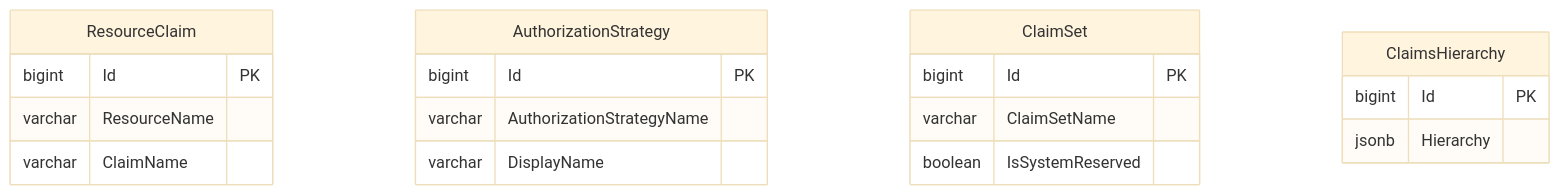
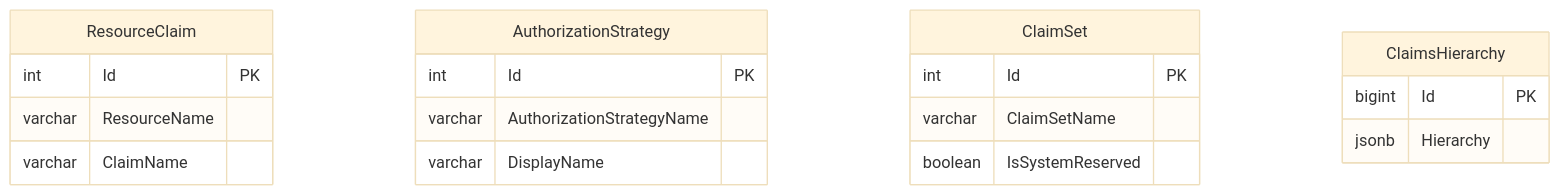
One commit to Ed-Fi-Alliance-OSS/Data-Management-Service changed the second of 2 diagrams in reference/design/configuration-service/CLAIMSET-MGMT.md. Above: the diagram before and after it, drawn with Mermaid (base theme). The commit also changed 2 other files, not shown here.

Commit message:
Update the CMS schema documentation

````diff
--- a/reference/design/configuration-service/CLAIMSET-MGMT.md
+++ b/reference/design/configuration-service/CLAIMSET-MGMT.md
@@ -96,22 +96,22 @@
 ```mermaid
 erDiagram
   ResourceClaim {
-    bigint Id PK
+    int Id PK
     varchar ResourceName
     varchar ClaimName
   }
   AuthorizationStrategy {
-    bigint Id PK
+    int Id PK
     varchar AuthorizationStrategyName
     varchar DisplayName
   }
   ClaimSet {
-    bigint Id PK
+    int Id PK
     varchar ClaimSetName
     boolean IsSystemReserved
   }
   ClaimsHierarchy {
     bigint Id PK
     jsonb Hierarchy
   }
 ```
````
